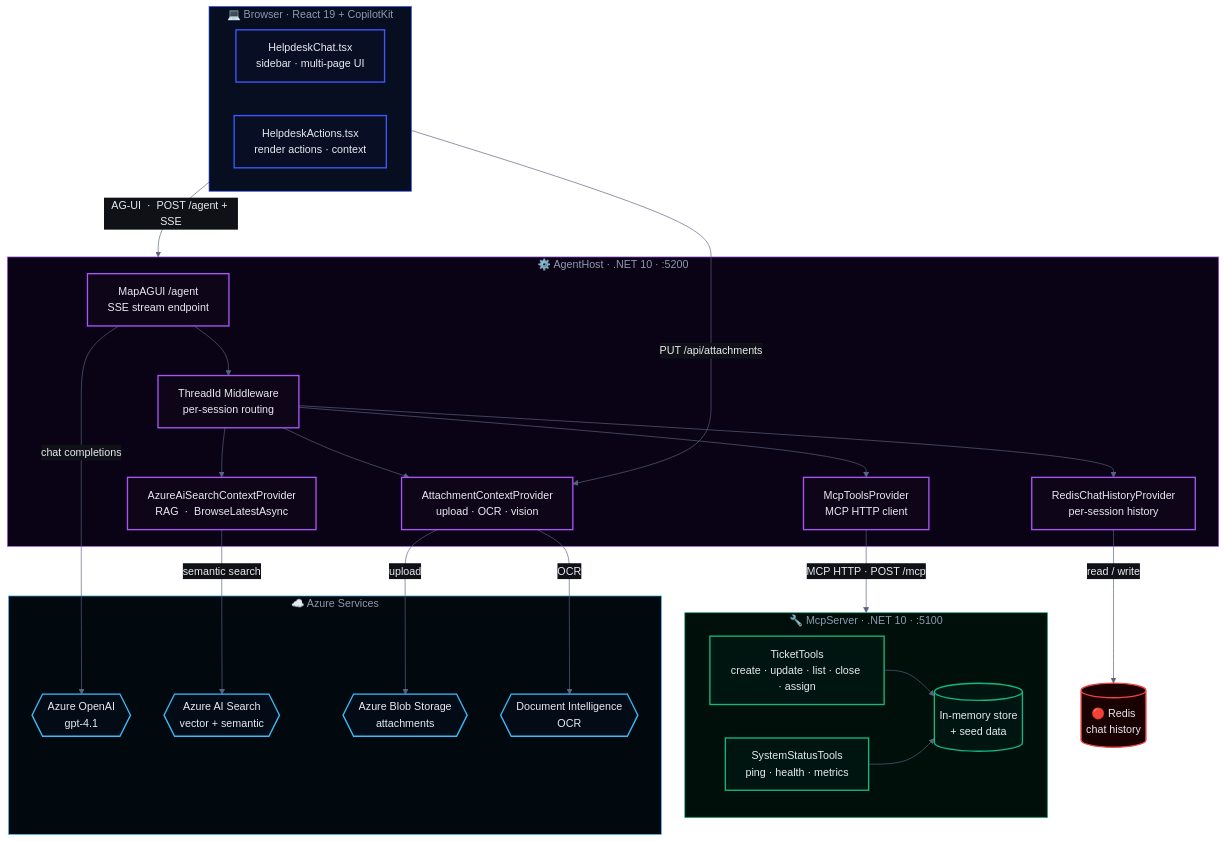
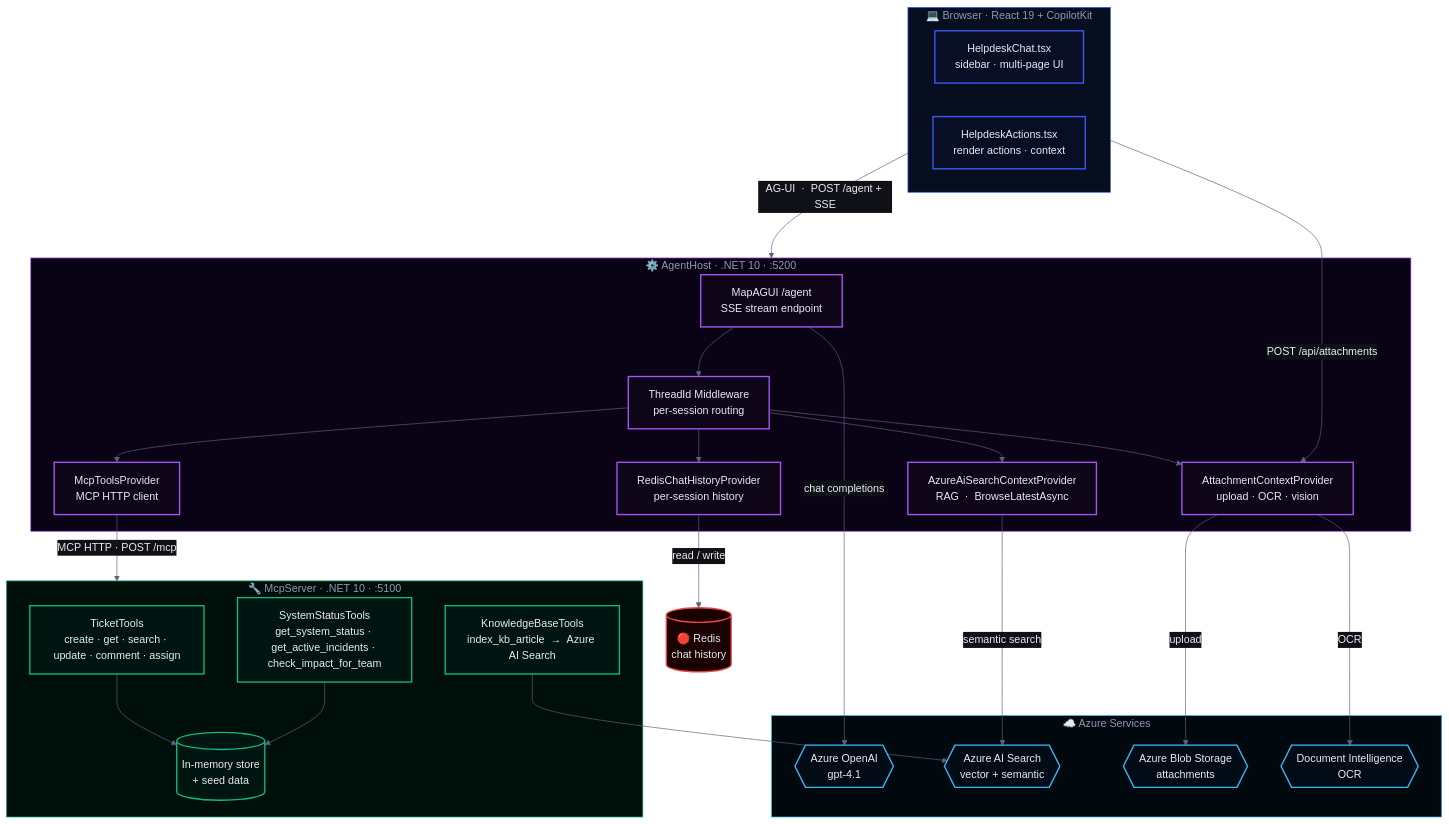
Before and after one commit to sreyanchoudhury/HelpdeskAI.CSharp: the first of 2 diagrams in README.md, drawn with Mermaid. The commit also changed other lines of this file and 4 other files, not shown here.

````diff
--- a/README.md
+++ b/README.md
@@ -90,62 +90,64 @@
 ```mermaid
 %%{init: {"theme": "base", "themeVariables": {"primaryColor": "#151820", "primaryTextColor": "#e8eaf0", "primaryBorderColor": "#3d5afe", "lineColor": "#5a6280", "secondaryColor": "#0f1117", "tertiaryColor": "#0a0b0f", "clusterBkg": "#0f1117", "titleColor": "#9098b0", "edgeLabelBackground": "#0f1117", "fontFamily": "system-ui, -apple-system, sans-serif"}}}%%
 flowchart TD
     classDef fe     fill:#080f24,stroke:#3d5afe,color:#e8eaf0,stroke-width:2px
     classDef agent  fill:#0e0518,stroke:#a855f7,color:#e8eaf0,stroke-width:2px
     classDef mcp    fill:#011510,stroke:#10b981,color:#e8eaf0,stroke-width:2px
     classDef azure  fill:#020b16,stroke:#38bdf8,color:#e8eaf0,stroke-width:2px
     classDef redis  fill:#1a0202,stroke:#ef4444,color:#e8eaf0,stroke-width:2px
 
     subgraph BROWSER["💻  Browser  ·  React 19 + CopilotKit"]
         FE1["HelpdeskChat.tsx<br/>sidebar · multi-page UI"]:::fe
         FE2["HelpdeskActions.tsx<br/>render actions · context"]:::fe
     end
 
     subgraph AGENTHOST["⚙️  AgentHost  ·  .NET 10  ·  :5200"]
         AH1["MapAGUI /agent<br/>SSE stream endpoint"]:::agent
         AH2["ThreadId Middleware<br/>per-session routing"]:::agent
         AH3["AttachmentContextProvider<br/>upload  ·  OCR  ·  vision"]:::agent
         AH4["AzureAiSearchContextProvider<br/>RAG  ·  BrowseLatestAsync"]:::agent
         AH5["McpToolsProvider<br/>MCP HTTP client"]:::agent
         AH6["RedisChatHistoryProvider<br/>per-session history"]:::agent
     end
 
     subgraph MCPSERVER["🔧  McpServer  ·  .NET 10  ·  :5100"]
-        MS1["TicketTools<br/>create · update · list · close · assign"]:::mcp
-        MS2["SystemStatusTools<br/>ping · health · metrics"]:::mcp
+        MS1["TicketTools<br/>create · get · search · update · comment · assign"]:::mcp
+        MS2["SystemStatusTools<br/>get_system_status · get_active_incidents · check_impact_for_team"]:::mcp
         MS3[("In-memory store<br/>+ seed data")]:::mcp
+        MS4["KnowledgeBaseTools<br/>index_kb_article  →  Azure AI Search"]:::mcp
     end
 
     subgraph AZURE["☁️  Azure Services"]
         AOA{{"Azure OpenAI<br/>gpt-4.1"}}:::azure
         AIS{{"Azure AI Search<br/>vector + semantic"}}:::azure
         ABS{{"Azure Blob Storage<br/>attachments"}}:::azure
         ADI{{"Document Intelligence<br/>OCR"}}:::azure
     end
 
     REDIS[("🔴  Redis<br/>chat history")]:::redis
 
     style BROWSER   fill:#060e20,stroke:#3d5afe,color:#9098b0
     style AGENTHOST fill:#0a0315,stroke:#a855f7,color:#9098b0
     style MCPSERVER fill:#010f0a,stroke:#10b981,color:#9098b0
     style AZURE     fill:#01080e,stroke:#38bdf8,color:#9098b0
 
     BROWSER -- "AG-UI  ·  POST /agent + SSE" --> AGENTHOST
-    BROWSER -- "PUT /api/attachments" --> AH3
+    BROWSER -- "POST /api/attachments" --> AH3
 
     AH1 --> AH2
     AH2 --> AH3
     AH2 --> AH4
     AH2 --> AH5
     AH2 --> AH6
 
     AH5 -- "MCP HTTP  ·  POST /mcp" --> MCPSERVER
     MS1 --> MS3
     MS2 --> MS3
+    MS4 --> AIS
 
     AH1 -- "chat completions" --> AOA
     AH4 -- "semantic search"  --> AIS
     AH3 -- "upload"           --> ABS
     AH3 -- "OCR"              --> ADI
     AH6 -- "read / write"     --> REDIS
 ```
````
